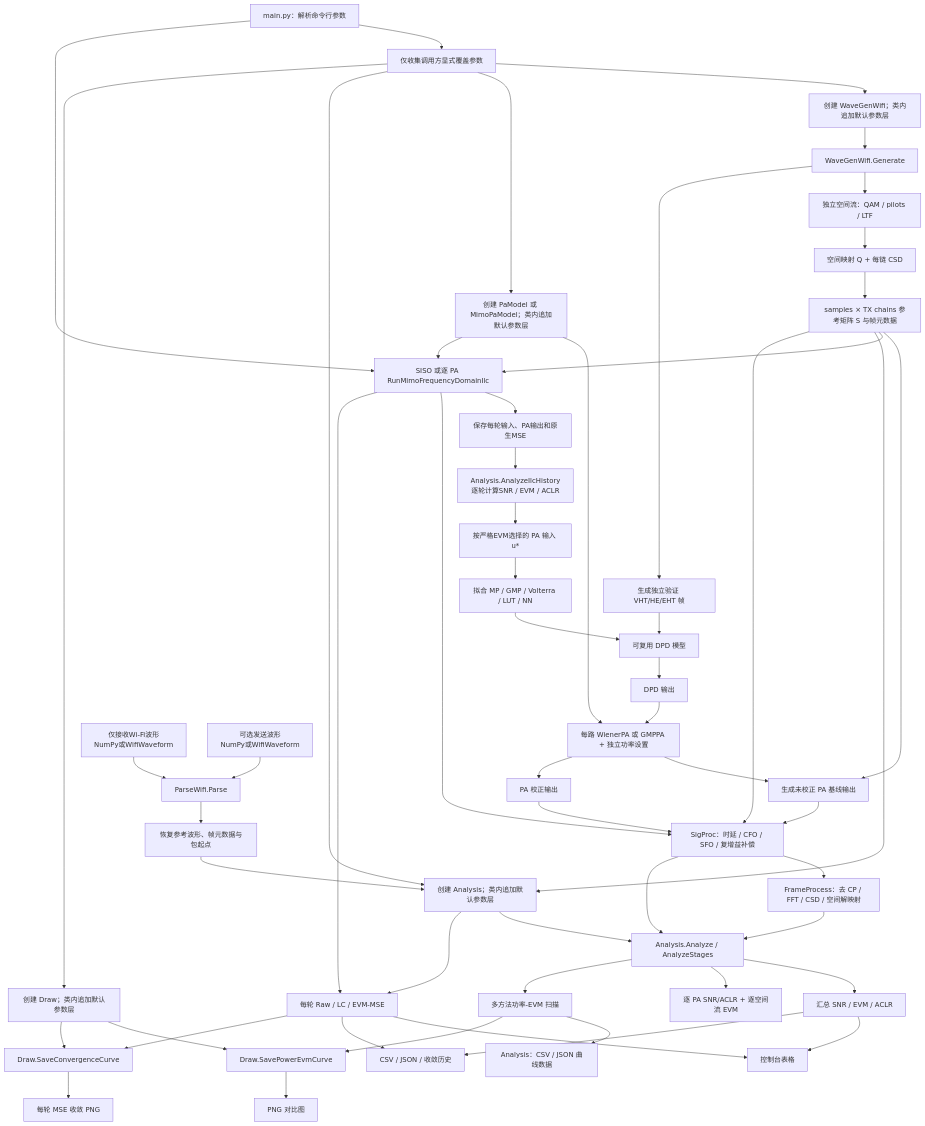
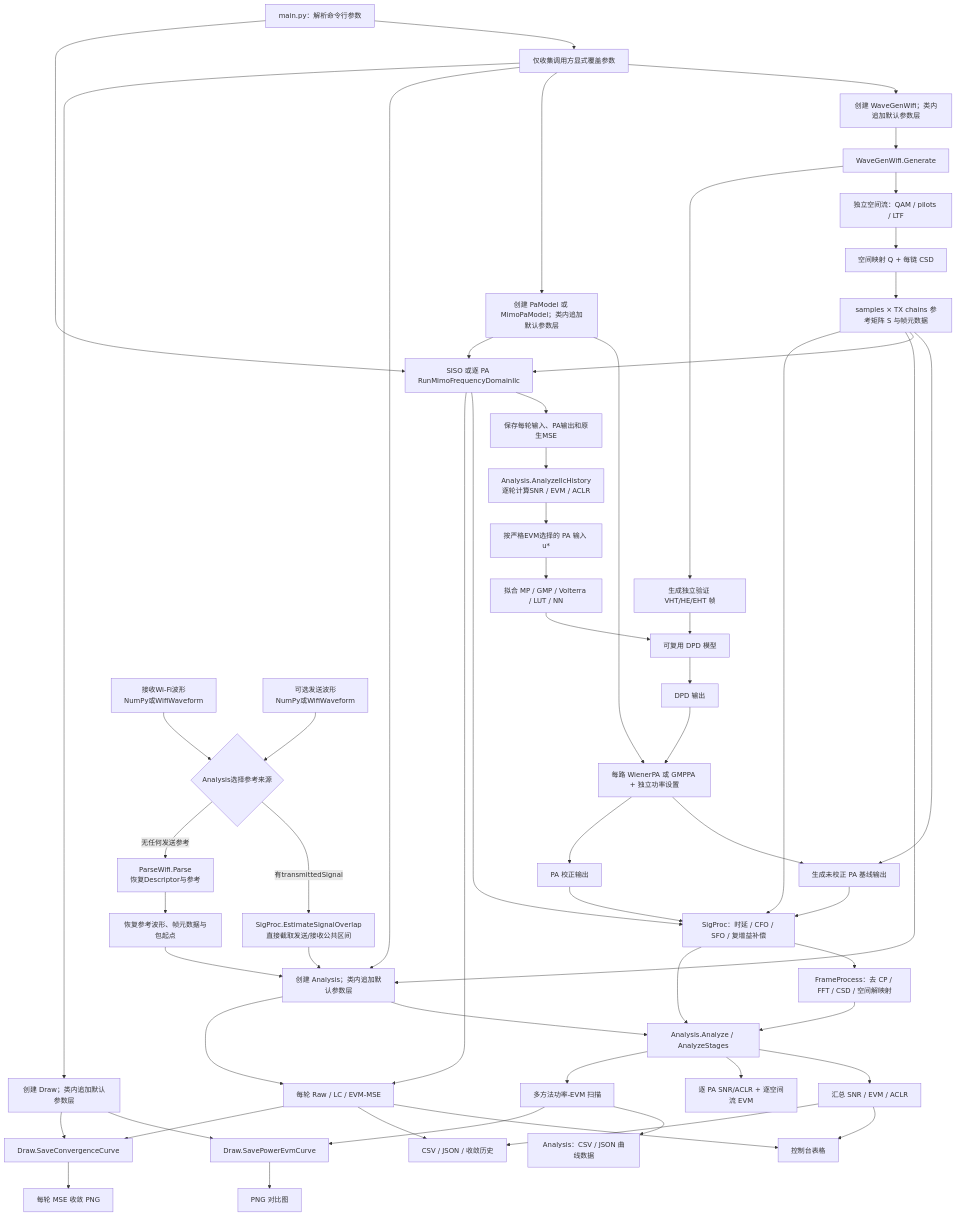
One commit to niyilu45/DPD_ILC changed the first of 14 diagrams in README.md. Above: the diagram before and after it, drawn with Mermaid. The commit also changed other lines of this file and 9 other files, not shown here.

````diff
--- a/README.md
+++ b/README.md
@@ -77,63 +77,66 @@
 ```mermaid
 flowchart TD
     start["main.py：解析命令行参数"] --> overrideMap["仅收集调用方显式覆盖参数"]
     overrideMap --> wifiGenerator["创建 WaveGenWifi；类内追加默认参数层"]
     wifiGenerator --> waveGenWifi["WaveGenWifi.Generate"]
     waveGenWifi --> streams["独立空间流：QAM / pilots / LTF"]
     streams --> spatialMap["空间映射 Q + 每链 CSD"]
     spatialMap --> reference["samples × TX chains 参考矩阵 S 与帧元数据"]
 
     overrideMap --> paModel["创建 PaModel 或 MimoPaModel；类内追加默认参数层"]
     paModel --> paImplementation["每路 WienerPA 或 GMPPA + 独立功率设置"]
     reference --> baseline["生成未校正 PA 基线输出"]
     paImplementation --> baseline
 
     start --> frequencyIlc["SISO 或逐 PA RunMimoFrequencyDomainIlc"]
     reference --> frequencyIlc
     paModel --> frequencyIlc
 
     frequencyIlc --> nativeHistory["保存每轮输入、PA输出和原生MSE"]
     nativeHistory --> ilcAnalysis["Analysis.AnalyzeIlcHistory<br/>逐轮计算SNR / EVM / ACLR"]
     ilcAnalysis --> learnedInput["按严格EVM选择的 PA 输入 u*"]
     learnedInput --> deployFit["拟合 MP / GMP / Volterra / LUT / NN"]
     deployFit --> deployedDpd["可复用 DPD 模型"]
 
     waveGenWifi --> validation["生成独立验证 VHT/HE/EHT 帧"]
     validation --> deployedDpd
     deployedDpd --> predistortedInput["DPD 输出"]
     predistortedInput --> paImplementation
     paImplementation --> correctedOutput["PA 校正输出"]
 
-    receiveCapture["仅接收Wi-Fi波形<br/>NumPy或WifiWaveform"] --> parser["ParseWifi.Parse"]
-    optionalTransmit["可选发送波形<br/>NumPy或WifiWaveform"] --> parser
+    receiveCapture["接收Wi-Fi波形<br/>NumPy或WifiWaveform"] --> analysisMode{"Analysis选择参考来源"}
+    optionalTransmit["可选发送波形<br/>NumPy或WifiWaveform"] --> analysisMode
+    analysisMode -->|有transmittedSignal| overlap["SigProc.EstimateSignalOverlap<br/>直接截取发送/接收公共区间"]
+    analysisMode -->|无任何发送参考| parser["ParseWifi.Parse<br/>恢复Descriptor与参考"]
+    overlap --> analysis
     parser --> parsedContext["恢复参考波形、帧元数据与包起点"]
     parsedContext --> analysis
 
     overrideMap --> analysis["创建 Analysis；类内追加默认参数层"]
     reference --> analysis
     reference --> sigProc["SigProc：时延 / CFO / SFO / 复增益补偿"]
     baseline --> sigProc
     frequencyIlc --> sigProc
     correctedOutput --> sigProc
     sigProc --> frameProcess["FrameProcess：去 CP / FFT / CSD / 空间解映射"]
     sigProc --> analysisMethod["Analysis.Analyze / AnalyzeStages"]
     frameProcess --> analysisMethod
     analysis --> analysisMethod
     analysisMethod --> metrics["汇总 SNR / EVM / ACLR"]
     analysisMethod --> mimoMetrics["逐 PA SNR/ACLR + 逐空间流 EVM"]
     analysisMethod --> powerCurve["多方法功率-EVM 扫描"]
     metrics --> console["控制台表格"]
     metrics --> files["CSV / JSON / 收敛历史"]
     frequencyIlc --> iterationMse["每轮 Raw / LC / EVM-MSE"]
     analysis --> iterationMse
     iterationMse --> console
     iterationMse --> files
     powerCurve --> curveData["Analysis：CSV / JSON 曲线数据"]
     overrideMap --> draw["创建 Draw；类内追加默认参数层"]
     powerCurve --> drawMethod["Draw.SavePowerEvmCurve"]
     draw --> drawMethod
     drawMethod --> curveFigure["PNG 对比图"]
     iterationMse --> convergenceDraw["Draw.SaveConvergenceCurve"]
     draw --> convergenceDraw
     convergenceDraw --> convergenceFigure["每轮 MSE 收敛 PNG"]
 ```
````
